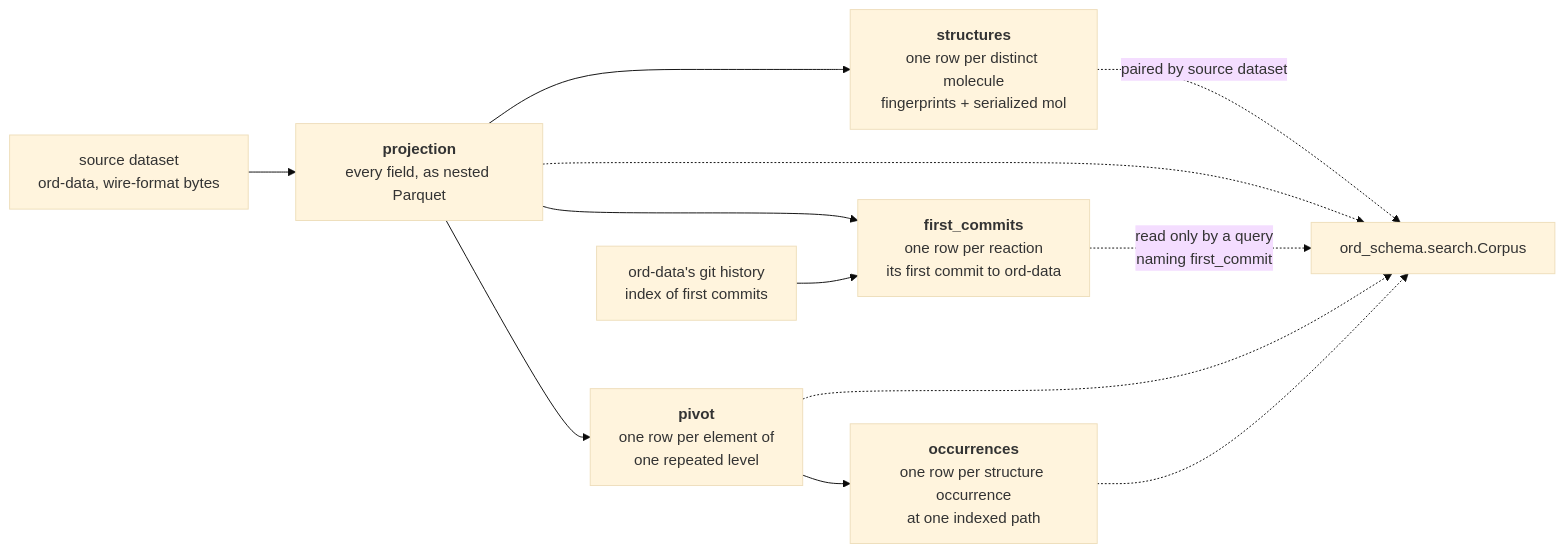
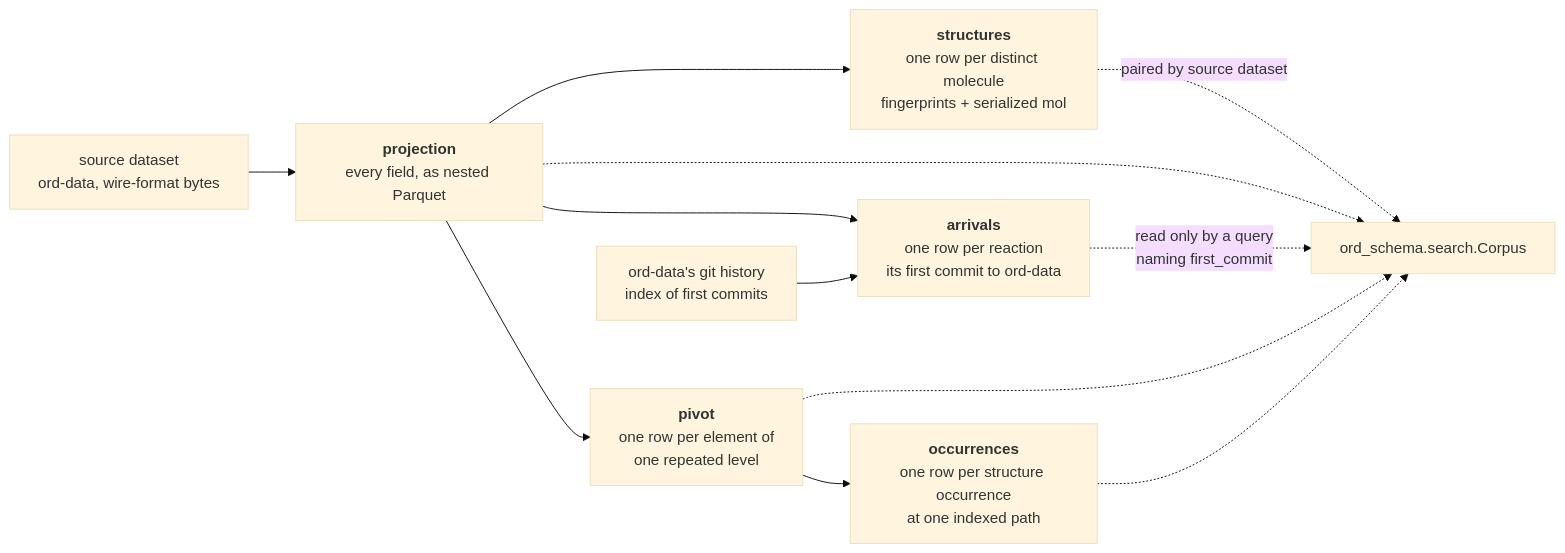
The diagram in ord_schema/artifacts/README.md (open-reaction-database/ord-schema), drawn with Mermaid (base theme) before and after one commit. The commit also changed other lines of this file and 24 other files, not shown here.

First line of the commit message:
Rename the first_commits artifact to arrivals (#1148)

````diff
--- a/ord_schema/artifacts/README.md
+++ b/ord_schema/artifacts/README.md
@@ -14,14 +14,14 @@
 ```mermaid
 flowchart LR
     D["source dataset<br/>ord-data, wire-format bytes"] --> P["<b>projection</b><br/>every field, as nested Parquet"]
     P --> S["<b>structures</b><br/>one row per distinct molecule<br/>fingerprints + serialized mol"]
-    P --> F["<b>first_commits</b><br/>one row per reaction<br/>its first commit to ord-data"]
+    P --> F["<b>arrivals</b><br/>one row per reaction<br/>its first commit to ord-data"]
     H["ord-data's git history<br/>index of first commits"] --> F
     P --> V["<b>pivot</b><br/>one row per element of<br/>one repeated level"]
     V --> O["<b>occurrences</b><br/>one row per structure occurrence<br/>at one indexed path"]
     S -.->|"paired by source dataset"| C["ord_schema.search.Corpus"]
     P -.-> C
     F -.->|"read only by a query<br/>naming first_commit"| C
     V -.-> C
     O -.-> C
 ```
````
